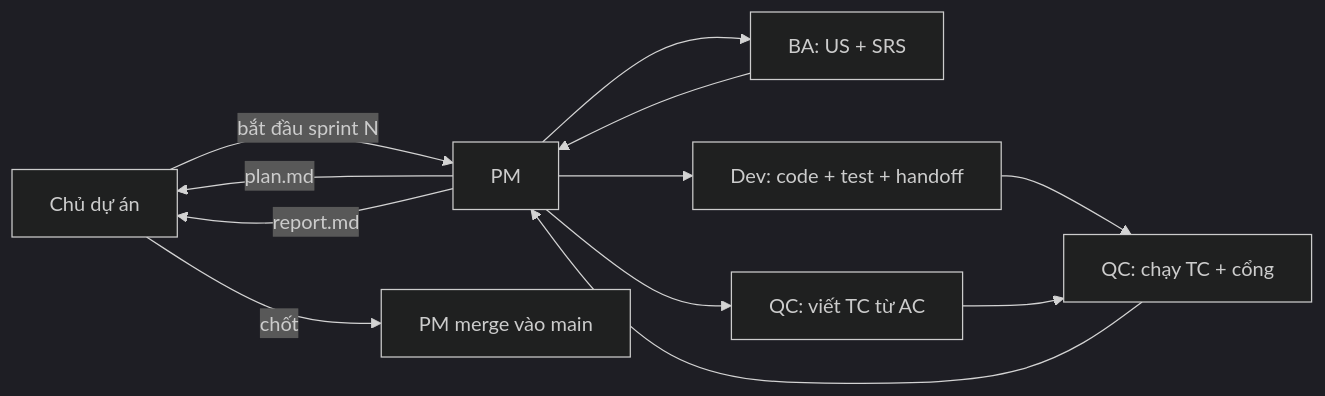
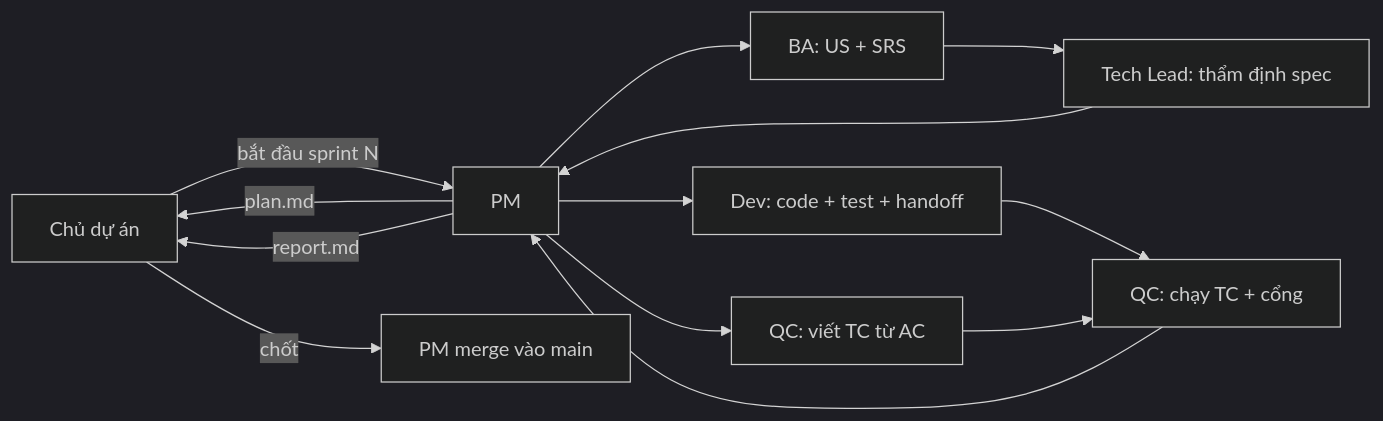
One commit to kagamikuro1024/EduPilot-v2 changed the second of 2 diagrams in README.md. Above: the diagram before and after it, drawn with Mermaid (dark theme). The commit also changed other lines of this file and 5 other files, not shown here.

Commit message:
đội: Tech Lead thẩm định spec của BA, PM quyết (chủ dự án chốt)

````diff
--- a/README.md
+++ b/README.md
@@ -235,14 +235,15 @@
 ```mermaid
 flowchart LR
   O[Chủ dự án] -- "bắt đầu sprint N" --> PM
   PM -- plan.md --> O
   PM --> BA[BA: US + SRS]
-  BA --> PM
+  BA --> TL[Tech Lead: thẩm định spec]
+  TL --> PM
   PM --> DEV[Dev: code + test + handoff]
   PM --> QC1[QC: viết TC từ AC]
   DEV --> QC2[QC: chạy TC + cổng]
   QC1 --> QC2
   QC2 --> PM
   PM -- report.md --> O
   O -- "chốt" --> M[PM merge vào main]
 ```
````
